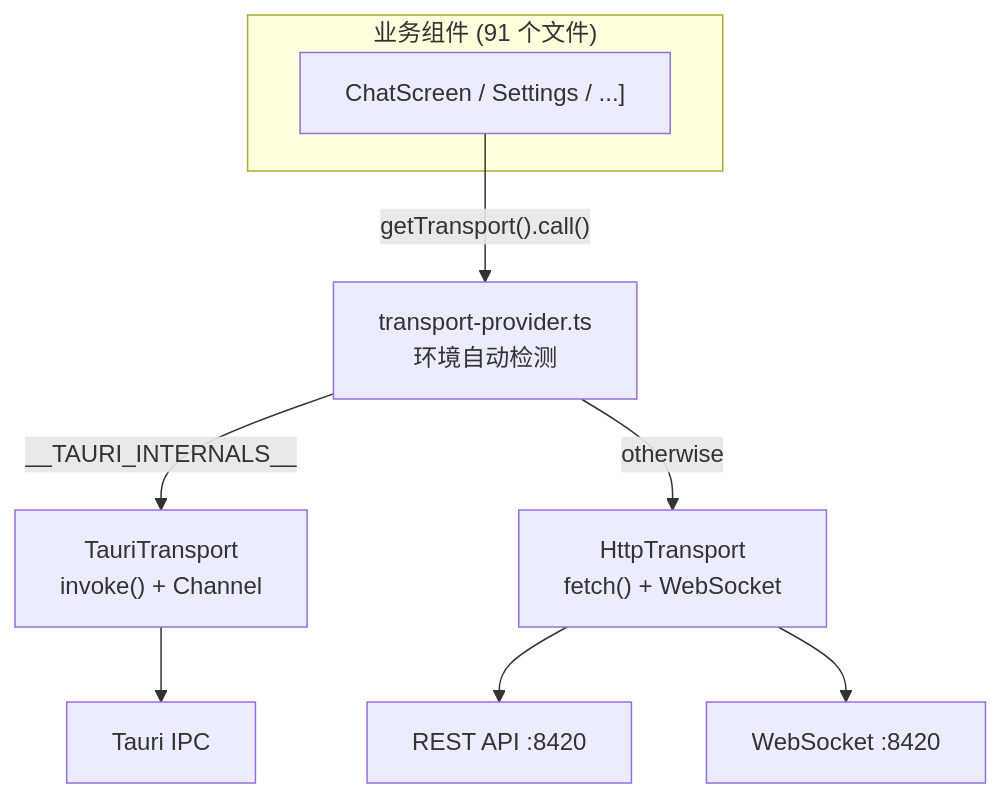
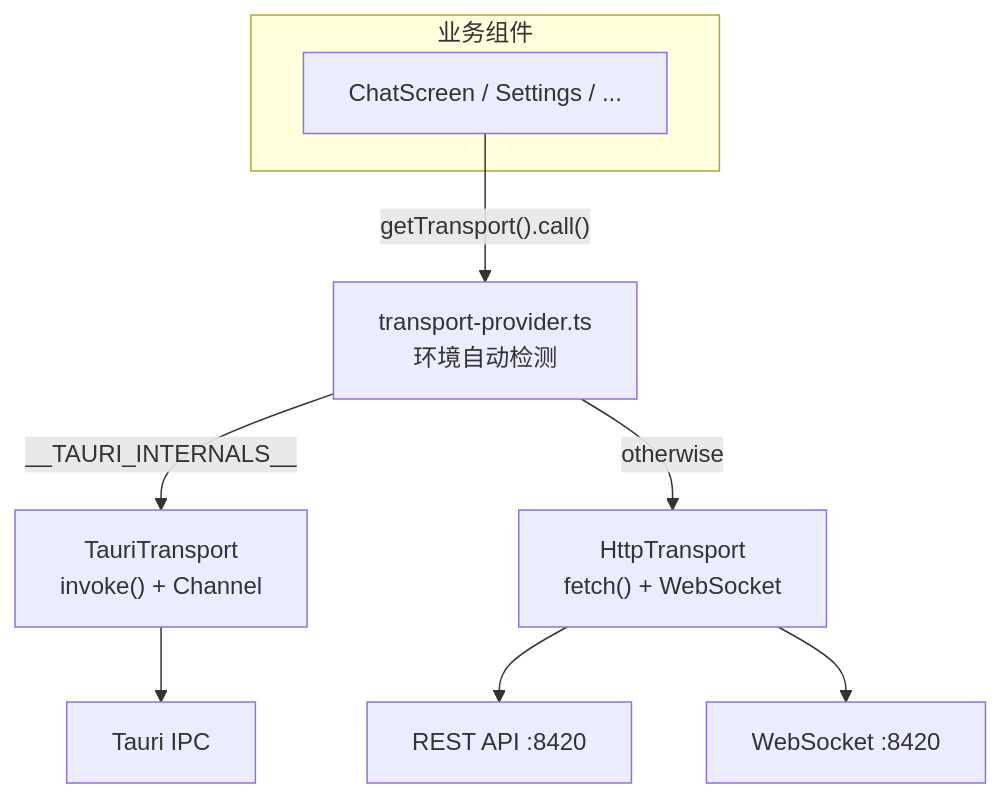
One commit to zhukai9527/hope-agent changed the fifth of 6 diagrams in docs/architecture/backend-separation.md. Above: the diagram before and after it, drawn with Mermaid. The commit also changed other lines of this file, not shown here.

````diff
--- a/docs/architecture/backend-separation.md
+++ b/docs/architecture/backend-separation.md
@@ -334,15 +241,15 @@
 ```mermaid
 graph TD
-    subgraph "业务组件 (91 个文件)"
-        Comp["ChatScreen / Settings / ...]"]
+    subgraph "业务组件"
+        Comp["ChatScreen / Settings / ..."]
     end
 
     Comp -->|"getTransport().call()"| Provider["transport-provider.ts<br/>环境自动检测"]
 
     Provider -->|"__TAURI_INTERNALS__"| Tauri["TauriTransport<br/>invoke() + Channel"]
     Provider -->|"otherwise"| HTTP["HttpTransport<br/>fetch() + WebSocket"]
 
     Tauri --> IPC["Tauri IPC"]
     HTTP --> REST["REST API :8420"]
     HTTP --> WS["WebSocket :8420"]
 ```
````
